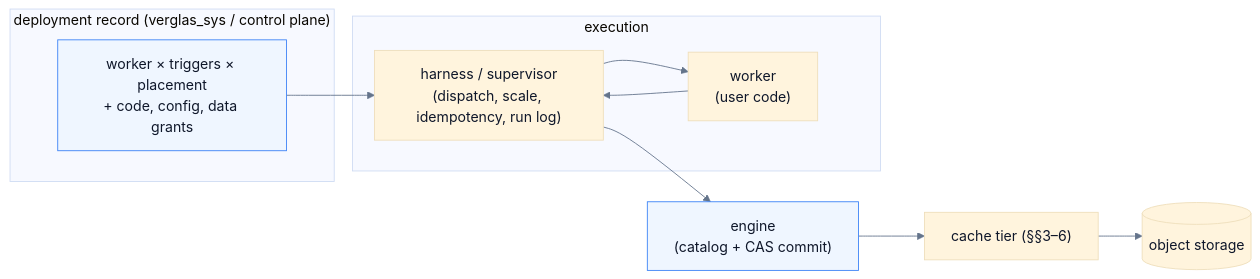
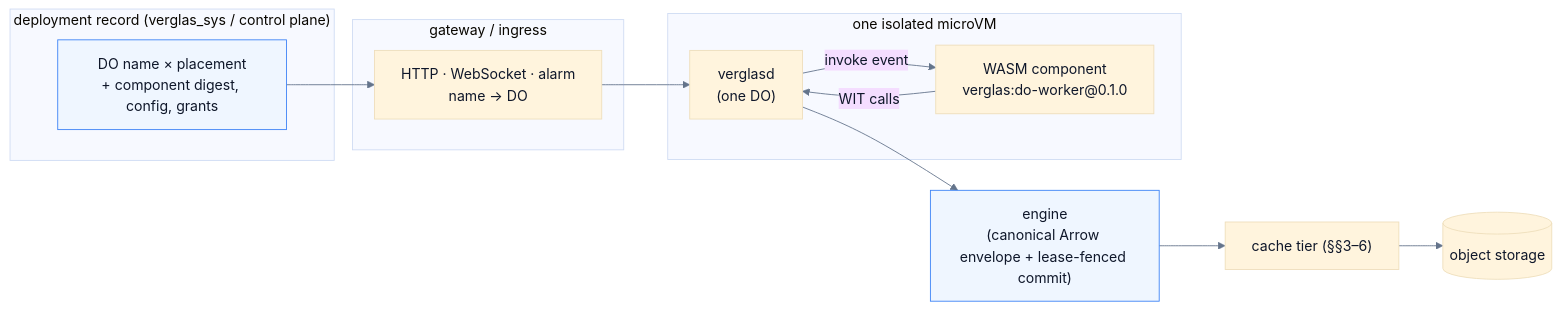
One commit to verglas-org/verglas changed the sixth of 6 diagrams in docs/architecture/whitepaper.mdx. Above: the diagram before and after it, drawn with Mermaid. The commit also changed other lines of this file and 180 other files, not shown here.

First line of the commit message:
Checkpoint: WASM worker platform (WIT ABI, wasmtime host, event protocol, gateway, JS/Py componentize pipelines, POC) + job-Worker removal + whitepaper rewrite

````diff
--- a/docs/architecture/whitepaper.mdx
+++ b/docs/architecture/whitepaper.mdx
@@ -534,22 +545,26 @@
 ```mermaid
 %%{init: {'theme': 'base', 'themeVariables': {'fontFamily': 'Inter, ui-sans-serif, system-ui', 'primaryTextColor': '#0f172a', 'lineColor': '#64748b'}}}%%
 flowchart LR
     subgraph record["deployment record (verglas_sys / control plane)"]
-        R["worker × triggers × placement<br/>+ code, config, data grants"]
+        R["DO name × placement<br/>+ component digest, config, grants"]
     end
-    subgraph exec["execution"]
-        H["harness / supervisor<br/>(dispatch, scale, idempotency, run log)"]
-        J["worker<br/>(user code)"]
+    subgraph ingress["gateway / ingress"]
+        G["HTTP · WebSocket · alarm<br/>name → DO"]
     end
-    E["engine<br/>(catalog + CAS commit)"]
+    subgraph cell["one isolated microVM"]
+        P["verglasd<br/>(one DO)"]
+        W["WASM component<br/>verglas:do-worker@0.1.0"]
+    end
+    E["engine<br/>(canonical Arrow envelope + lease-fenced commit)"]
     C["cache tier (§§3–6)"]
     O[("object storage")]
-    R --> H
-    H --> J
-    J --> H
-    H --> E
+    R --> G
+    G --> P
+    P -->|invoke event| W
+    W -->|WIT calls| P
+    P --> E
     E --> C
     C --> O
     classDef data fill:#eff6ff,stroke:#3b82f6
     class R,E data
 ```
````
